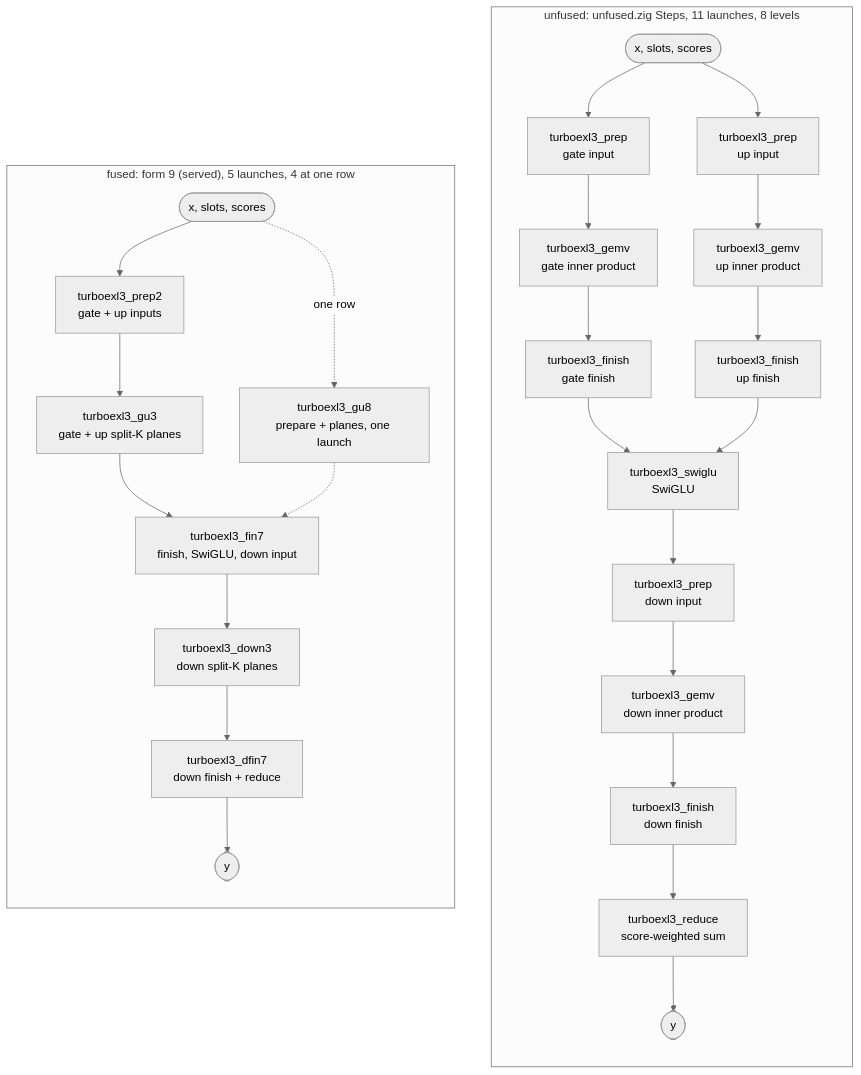
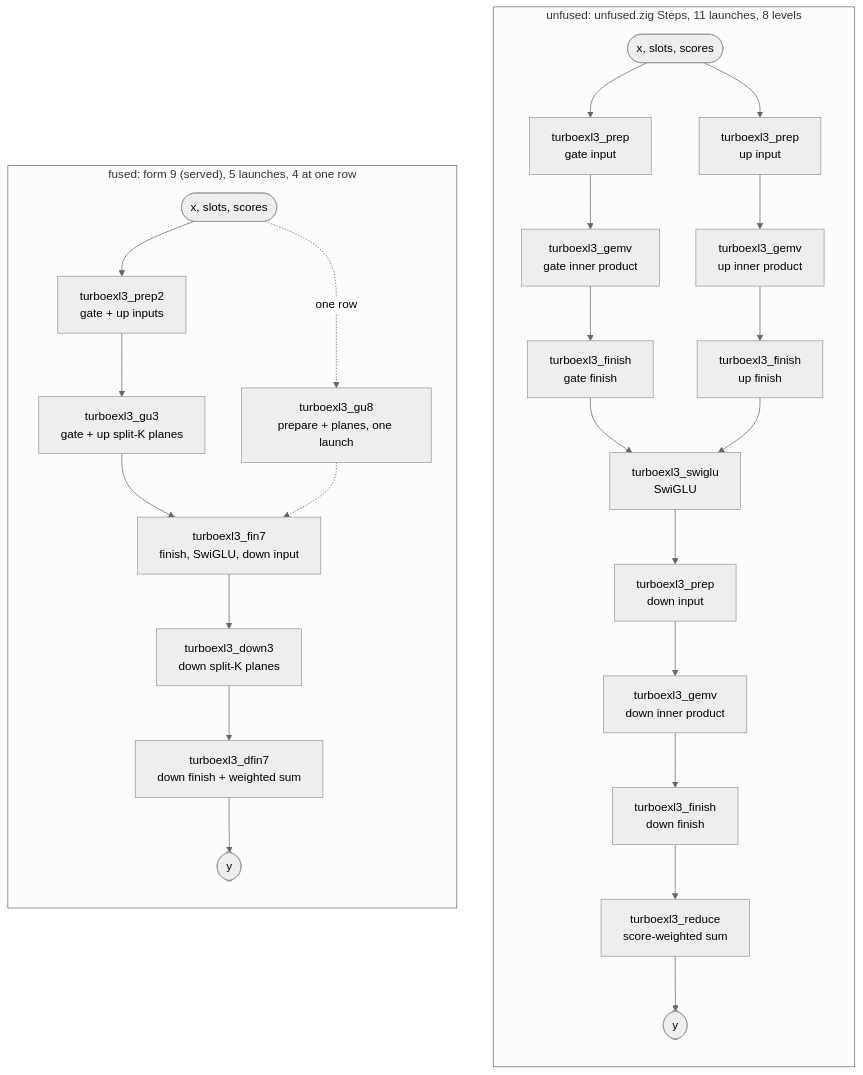
Before and after one commit to davidtai/turboexl3: the first of 11 diagrams in docs/KERNELS.md, drawn with Mermaid (neutral theme). The commit also changed other lines of this file and 268 other files, not shown here.

````diff
--- a/docs/KERNELS.md
+++ b/docs/KERNELS.md
@@ -58,30 +124,30 @@
 ```mermaid
 flowchart TB
   subgraph U["unfused: unfused.zig Steps, 11 launches, 8 levels"]
     direction TB
     ux(["x, slots, scores"]) --> upg["turboexl3_prep<br/>gate input"]
     ux --> upu["turboexl3_prep<br/>up input"]
     upg --> ugg["turboexl3_gemv<br/>gate inner product"]
     upu --> ugu["turboexl3_gemv<br/>up inner product"]
     ugg --> ufg["turboexl3_finish<br/>gate finish"]
     ugu --> ufu["turboexl3_finish<br/>up finish"]
     ufg --> usw["turboexl3_swiglu<br/>SwiGLU"]
     ufu --> usw
     usw --> upd["turboexl3_prep<br/>down input"]
     upd --> ugd["turboexl3_gemv<br/>down inner product"]
     ugd --> ufd["turboexl3_finish<br/>down finish"]
     ufd --> ure["turboexl3_reduce<br/>score-weighted sum"]
     ure --> uy(["y"])
   end
   subgraph F["fused: form 9 (served), 5 launches, 4 at one row"]
     direction TB
     fx(["x, slots, scores"]) --> fp2["turboexl3_prep2<br/>gate + up inputs"]
     fp2 --> fgu["turboexl3_gu3<br/>gate + up split-K planes"]
     fx -.->|one row| fg8["turboexl3_gu8<br/>prepare + planes, one launch"]
     fgu --> ffi["turboexl3_fin7<br/>finish, SwiGLU, down input"]
     fg8 -.-> ffi
     ffi --> fdn["turboexl3_down3<br/>down split-K planes"]
-    fdn --> fdf["turboexl3_dfin7<br/>down finish + reduce"]
+    fdn --> fdf["turboexl3_dfin7<br/>down finish + weighted sum"]
     fdf --> fy(["y"])
   end
 ```
````
